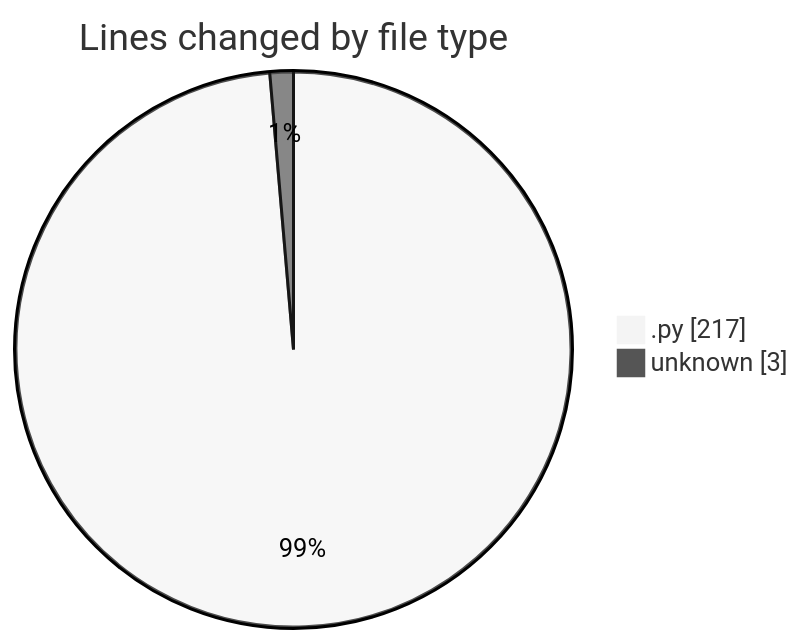
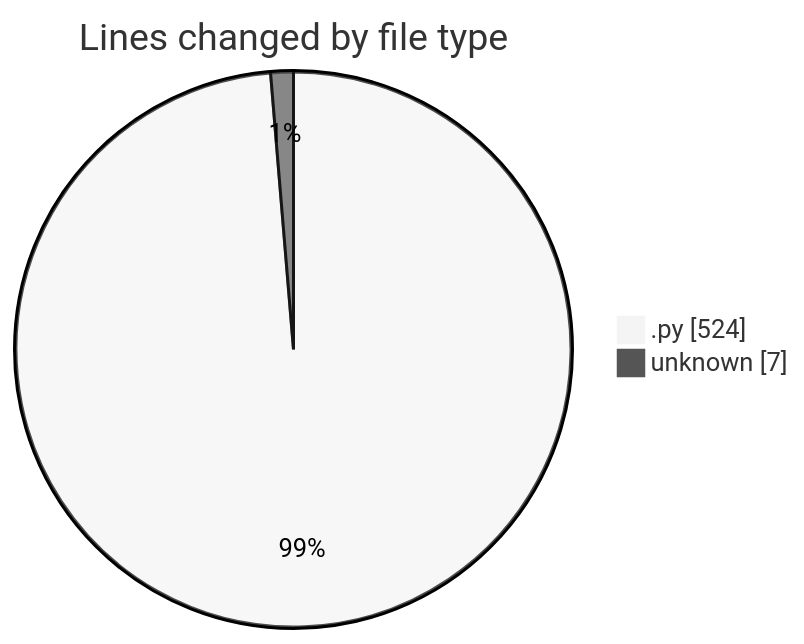
One commit to CELIANVF/code-tracking changed the first of 2 diagrams in 2025-01-21/monteur_automatique/README.md. Above: the diagram before and after it, drawn with Mermaid (neutral theme). The commit also changed other lines of this file and 1 other file, not shown here.

````diff
--- a/2025-01-21/monteur_automatique/README.md
+++ b/2025-01-21/monteur_automatique/README.md
@@ -23,6 +23,6 @@
 ```mermaid
 pie showData
 title Lines changed by file type
-".py" : 217
-"unknown" : 3
+".py" : 524
+"unknown" : 7
 ```
````
